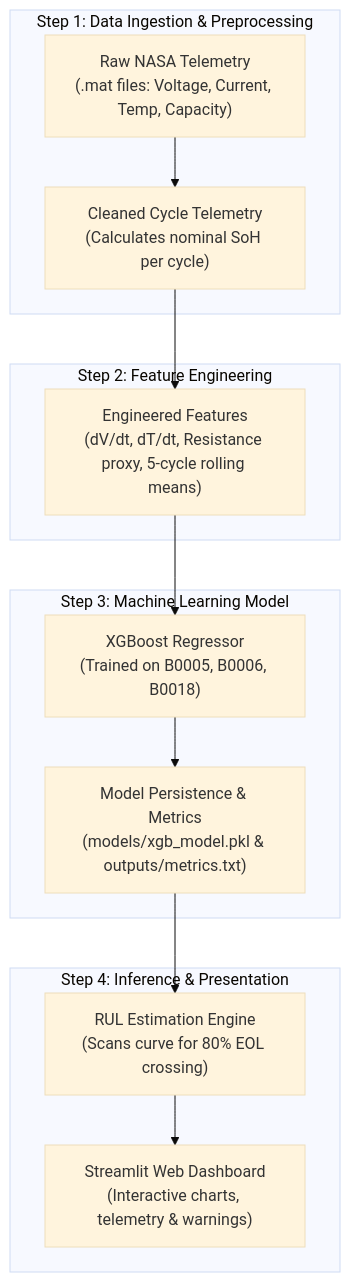
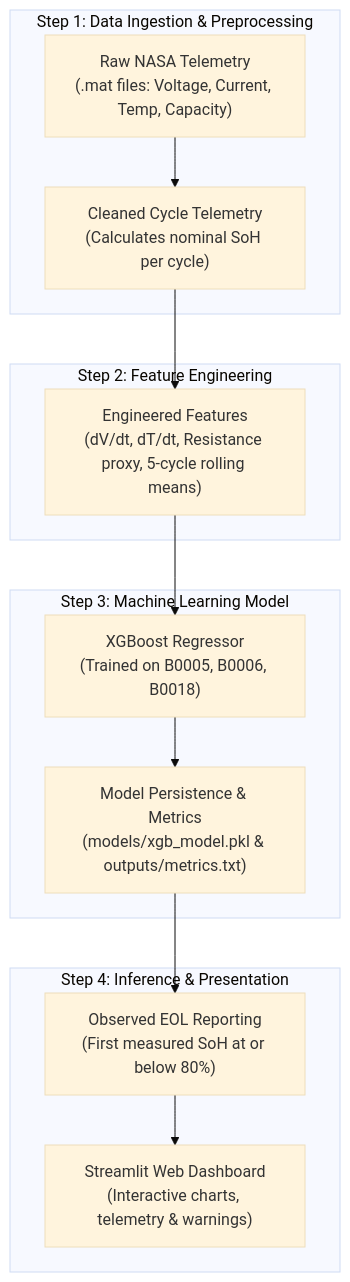
Before and after one commit to Baliji-Niroop/EV-Battery-Health-Predictor: the diagram in README.md, drawn with Mermaid (base theme). The commit also changed other lines of this file and 32 other files, not shown here.

````diff
--- a/README.md
+++ b/README.md
@@ -84,20 +84,20 @@
 ```mermaid
 flowchart TD
     subgraph S1["Step 1: Data Ingestion & Preprocessing"]
         A["Raw NASA Telemetry<br/>(.mat files: Voltage, Current, Temp, Capacity)"] --> B["Cleaned Cycle Telemetry<br/>(Calculates nominal SoH per cycle)"]
     end
 
     subgraph S2["Step 2: Feature Engineering"]
         B --> C["Engineered Features<br/>(dV/dt, dT/dt, Resistance proxy, 5-cycle rolling means)"]
     end
 
     subgraph S3["Step 3: Machine Learning Model"]
         C --> D["XGBoost Regressor<br/>(Trained on B0005, B0006, B0018)"]
         D --> E["Model Persistence & Metrics<br/>(models/xgb_model.pkl & outputs/metrics.txt)"]
     end
 
     subgraph S4["Step 4: Inference & Presentation"]
-        E --> F["RUL Estimation Engine<br/>(Scans curve for 80% EOL crossing)"]
+        E --> F["Observed EOL Reporting<br/>(First measured SoH at or below 80%)"]
         F --> G["Streamlit Web Dashboard<br/>(Interactive charts, telemetry & warnings)"]
     end
 ```
````
